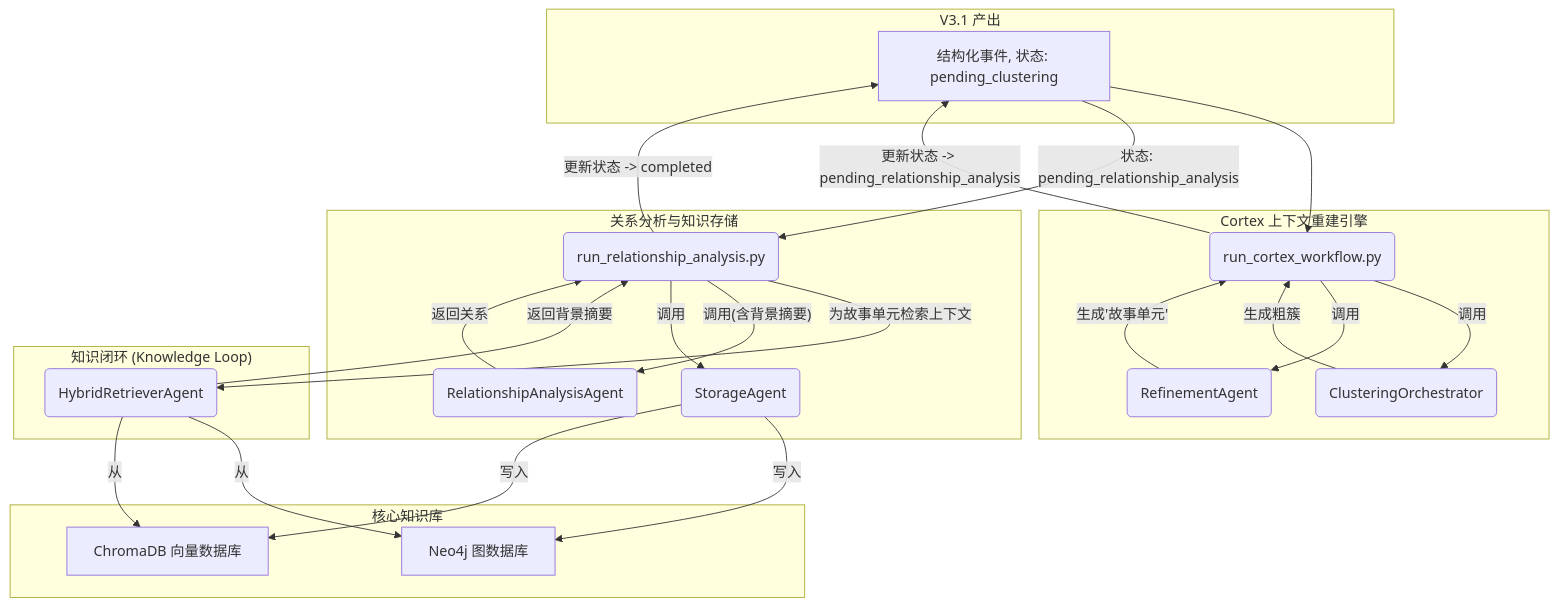
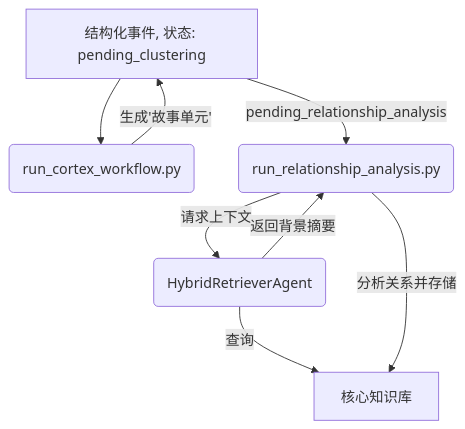
One commit to lseaJK/HyperEventGraph changed the third of 3 diagrams in architecture/HyperEventGraph_Architecture_V4.md. Above: the diagram before and after it, drawn with Mermaid. The commit also changed other lines of this file and 9 other files, not shown here.

````diff
--- a/architecture/HyperEventGraph_Architecture_V4.md
+++ b/architecture/HyperEventGraph_Architecture_V4.md
@@ -496,48 +285,9 @@
 ```mermaid
 graph TD
-    subgraph "V3.1 产出"
-        A[结构化事件, 状态: pending_clustering]:::db
-    end
-
-    subgraph "Cortex 上下文重建引擎"
-        B(run_cortex_workflow.py):::script
-        C(ClusteringOrchestrator):::tech
-        D(RefinementAgent):::agent
-    end
-
-    subgraph "关系分析与知识存储"
-        E(run_relationship_analysis.py):::script
-        F(RelationshipAnalysisAgent):::agent
-        G(StorageAgent):::agent
-    end
-
-    subgraph "知识闭环 (Knowledge Loop)"
-        H(HybridRetrieverAgent):::agent
-    end
-
-    subgraph "核心知识库"
-        I[Neo4j 图数据库]:::db
-        J[ChromaDB 向量数据库]:::db
-    end
-
-    A --> B;
-    B -- "调用" --> C;
-    C -- "生成粗簇" --> B;
-    B -- "调用" --> D;
-    D -- "生成'故事单元'" --> B;
-    B -- "更新状态 -> pending_relationship_analysis" --> A;
-
-    A -- "状态: pending_relationship_analysis" --> E;
-    
-    E -- "为故事单元检索上下文" --> H;
-    H -- "从" --> I;
-    H -- "从" --> J;
-    H -- "返回背景摘要" --> E;
-
-    E -- "调用(含背景摘要)" --> F;
-    F -- "返回关系" --> E;
-    E -- "调用" --> G;
-    G -- "写入" --> I;
-    G -- "写入" --> J;
-    E -- "更新状态 -> completed" --> A;
+    A[结构化事件, 状态: pending_clustering]:::db --> B(run_cortex_workflow.py):::script;
+    B -- "生成'故事单元'" --> A -- "pending_relationship_analysis" --> C(run_relationship_analysis.py):::script;
+    C -- "请求上下文" --> D(HybridRetrieverAgent):::agent;
+    D -- "查询" --> E[核心知识库]:::db;
+    D -- "返回背景摘要" --> C;
+    C -- "分析关系并存储" --> E;
 ```
````
